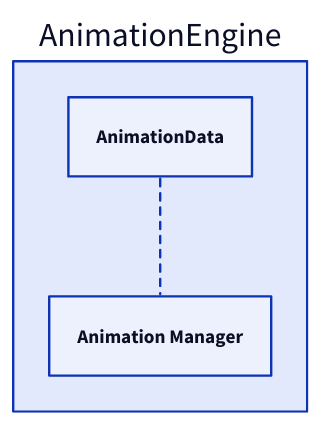
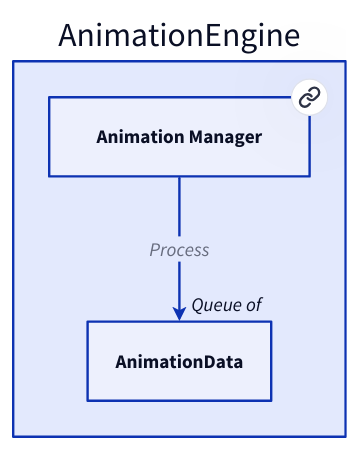
The diagram in doc/AnimationEngine/AnimationData.md (Portevent/Brume-Documentation), drawn with D2 before and after one commit. The commit also changed 88 other files, not shown here.

````diff
--- a/doc/AnimationEngine/AnimationData.md
+++ b/doc/AnimationEngine/AnimationData.md
@@ -12,10 +12,15 @@
 ```d2
 # Nodes :
 AnimationEngine: {
-    AnimationManager: Animation Manager
+    AnimationManager: Animation Manager {
+       link: AnimationManager
+    }
 }
 
 # Links :
-AnimationEngine.AnimationData -- AnimationEngine.AnimationManager: {style.stroke-dash: 3}
+AnimationEngine.AnimationManager -> AnimationEngine.AnimationData: Process {
+source-arrowhead: {}
+target-arrowhead: Queue of{shape: arrow}
+}
 
 ```
````
